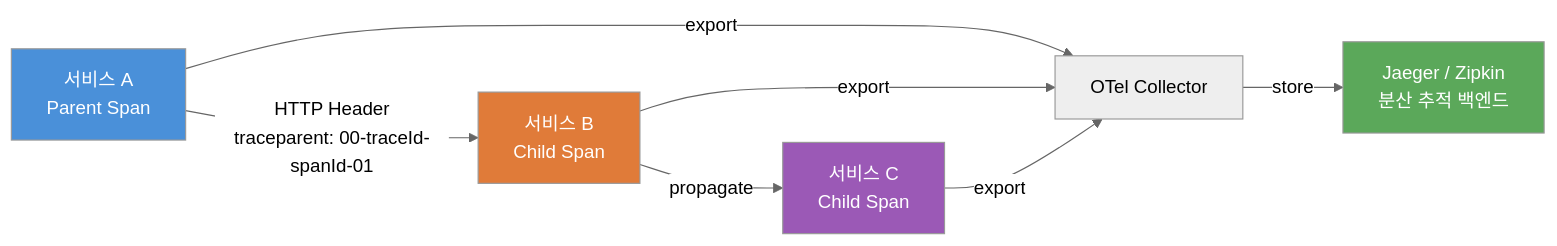
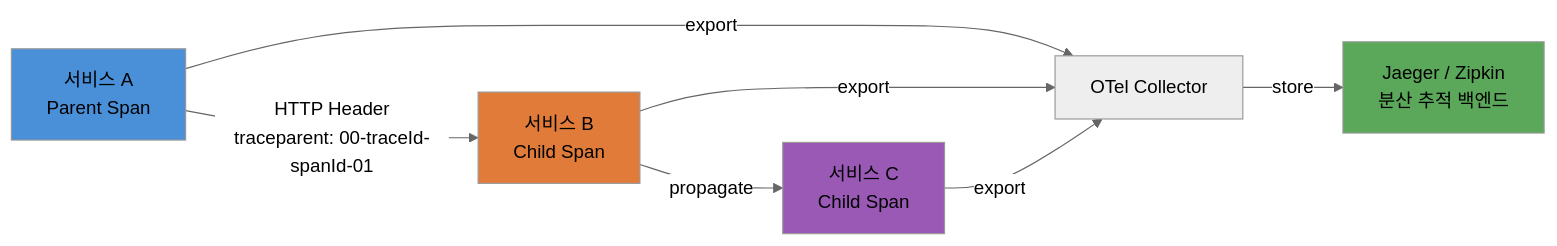
One commit to bluetape4k/bluetape4k-projects changed the third of 3 diagrams in infra/opentelemetry/README.md. Above: the diagram before and after it, drawn with Mermaid (neutral theme). The commit also changed other lines of this file and 74 other files, not shown here.

First line of the commit message:
docs: bluetape4k/core/coroutines/logging, io/feign~vertx README 색상 Mermaid UML 추가

````diff
--- a/infra/opentelemetry/README.md
+++ b/infra/opentelemetry/README.md
@@ -309,16 +309,16 @@
 ```mermaid
 flowchart LR
     ServiceA[서비스 A<br/>Parent Span] -->|HTTP Header<br/>traceparent: 00-traceId-spanId-01| ServiceB[서비스 B<br/>Child Span]
     ServiceB -->|propagate| ServiceC[서비스 C<br/>Child Span]
 
     ServiceA -->|export| Collector[OTel Collector]
     ServiceB -->|export| Collector
     ServiceC -->|export| Collector
 
     Collector -->|store| Backend[Jaeger / Zipkin<br/>분산 추적 백엔드]
 
-    style ServiceA fill:#4a90d9,color:#fff
-    style ServiceB fill:#e07b39,color:#fff
-    style ServiceC fill:#9b59b6,color:#fff
-    style Backend fill:#5ba85a,color:#fff
+    style ServiceA fill:#4a90d9
+    style ServiceB fill:#e07b39
+    style ServiceC fill:#9b59b6
+    style Backend fill:#5ba85a
 ```
````
